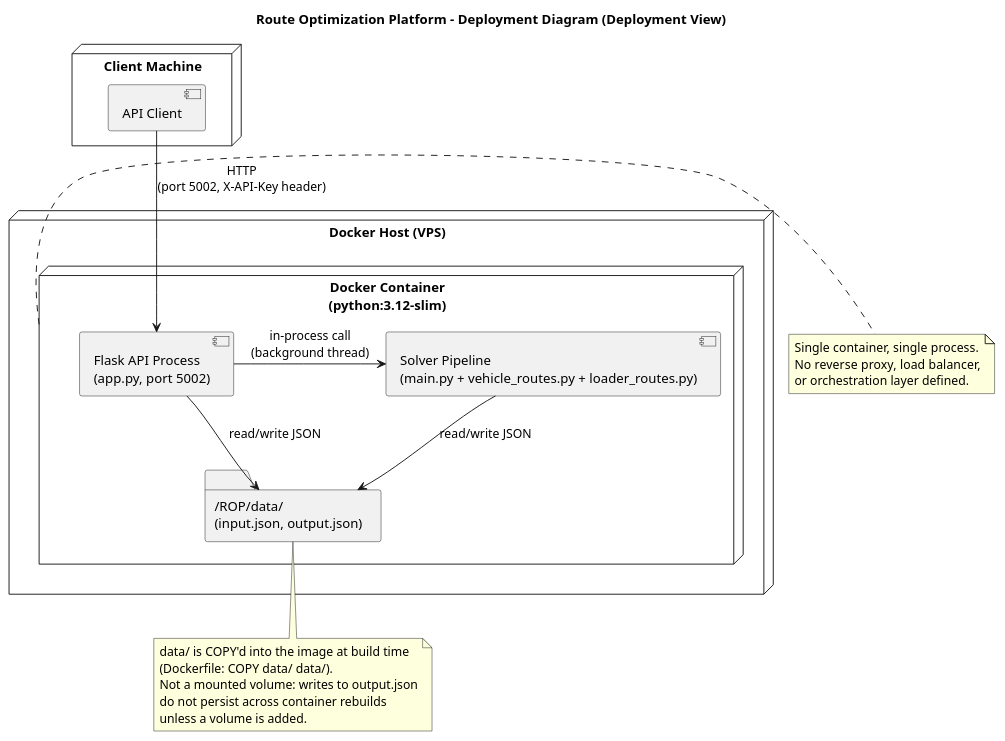
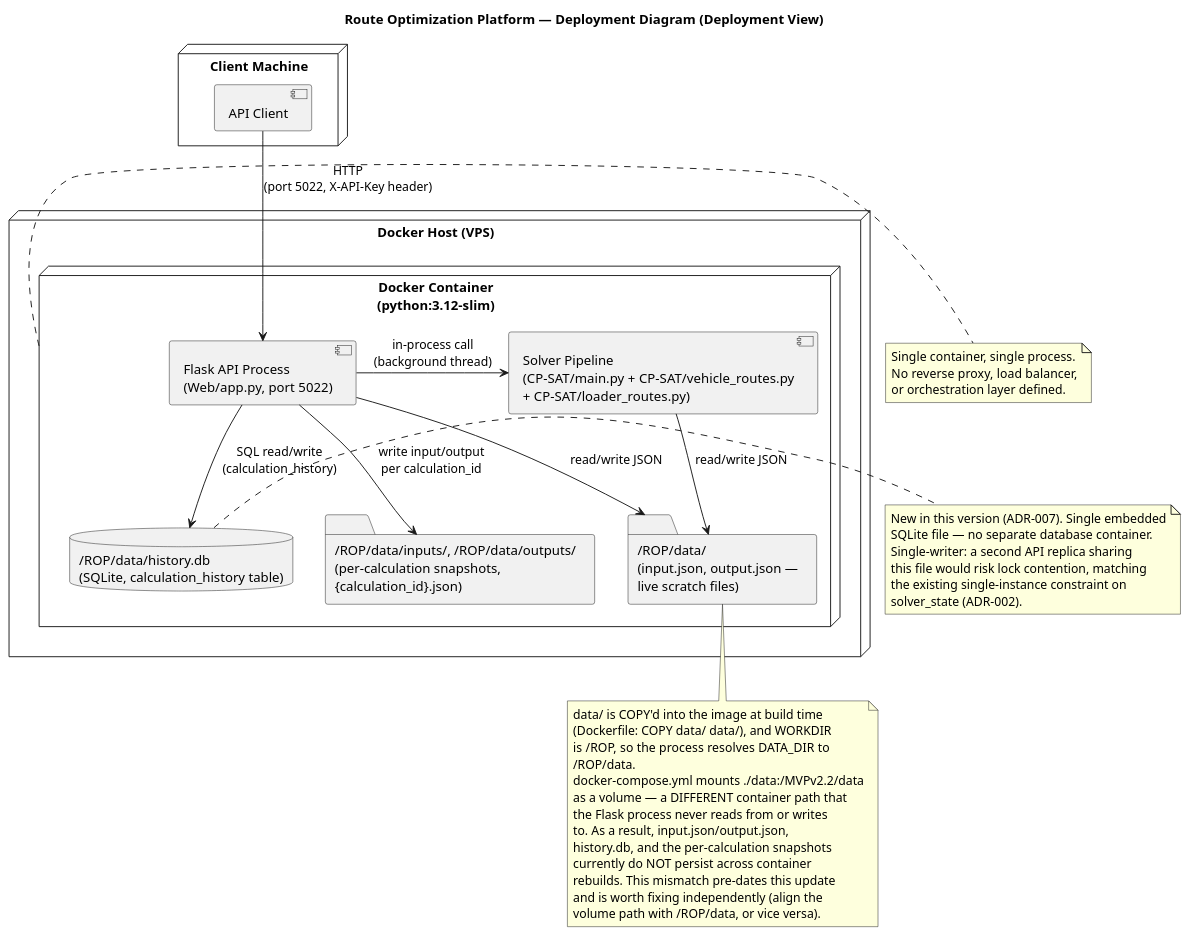
The diagram in docs/architecture/deployment-view/deployment-diagram.puml (iu-students/route-optimization-platform), drawn with PlantUML before and after one commit. The commit also changed 7 other files, not shown here.

```diff
--- a/docs/architecture/deployment-view/deployment-diagram.puml
+++ b/docs/architecture/deployment-view/deployment-diagram.puml
@@ -1,35 +1,56 @@
 @startuml deployment-diagram
-title Route Optimization Platform - Deployment Diagram (Deployment View)
+title Route Optimization Platform — Deployment Diagram (Deployment View)
 
 node "Client Machine" as ClientNode {
   [API Client] as Client
 }
 
 node "Docker Host (VPS)" as Host {
   node "Docker Container\n(python:3.12-slim)" as Container {
-    component "Flask API Process\n(app.py, port 5002)" as API
-    component "Solver Pipeline\n(main.py + vehicle_routes.py + loader_routes.py)" as Pipeline
-    folder "/ROP/data/\n(input.json, output.json)" as DataDir
+    component "Flask API Process\n(Web/app.py, port 5022)" as API
+    component "Solver Pipeline\n(CP-SAT/main.py + CP-SAT/vehicle_routes.py\n+ CP-SAT/loader_routes.py)" as Pipeline
+    folder "/ROP/data/\n(input.json, output.json —\nlive scratch files)" as DataDir
+    folder "/ROP/data/inputs/, /ROP/data/outputs/\n(per-calculation snapshots,\n{calculation_id}.json)" as Snapshots
+    database "/ROP/data/history.db\n(SQLite, calculation_history table)" as HistoryDB
   }
 }
 
-Client -down-> API : HTTP\n(port 5002, X-API-Key header)
+Client -down-> API : HTTP\n(port 5022, X-API-Key header)
 API -right-> Pipeline : in-process call\n(background thread)
 Pipeline -down-> DataDir : read/write JSON
 API -down-> DataDir : read/write JSON
+API -down-> Snapshots : write input/output\nper calculation_id
+API -down-> HistoryDB : SQL read/write\n(calculation_history)
 
 note bottom of DataDir
   data/ is COPY'd into the image at build time
-  (Dockerfile: COPY data/ data/).
-  Not a mounted volume: writes to output.json
-  do not persist across container rebuilds
-  unless a volume is added.
+  (Dockerfile: COPY data/ data/), and WORKDIR
+  is /ROP, so the process resolves DATA_DIR to
+  /ROP/data.
+  docker-compose.yml mounts ./data:/MVPv2.2/data
+  as a volume — a DIFFERENT container path that
+  the Flask process never reads from or writes
+  to. As a result, input.json/output.json,
+  history.db, and the per-calculation snapshots
+  currently do NOT persist across container
+  rebuilds. This mismatch pre-dates this update
+  and is worth fixing independently (align the
+  volume path with /ROP/data, or vice versa).
+end note
+
+note right of HistoryDB
+  New in this version (ADR-007). Single embedded
+  SQLite file — no separate database container.
+  Single-writer: a second API replica sharing
+  this file would risk lock contention, matching
+  the existing single-instance constraint on
+  solver_state (ADR-002).
 end note
 
 note right of Container
   Single container, single process.
   No reverse proxy, load balancer,
   or orchestration layer defined.
 end note
 
 @enduml
```
